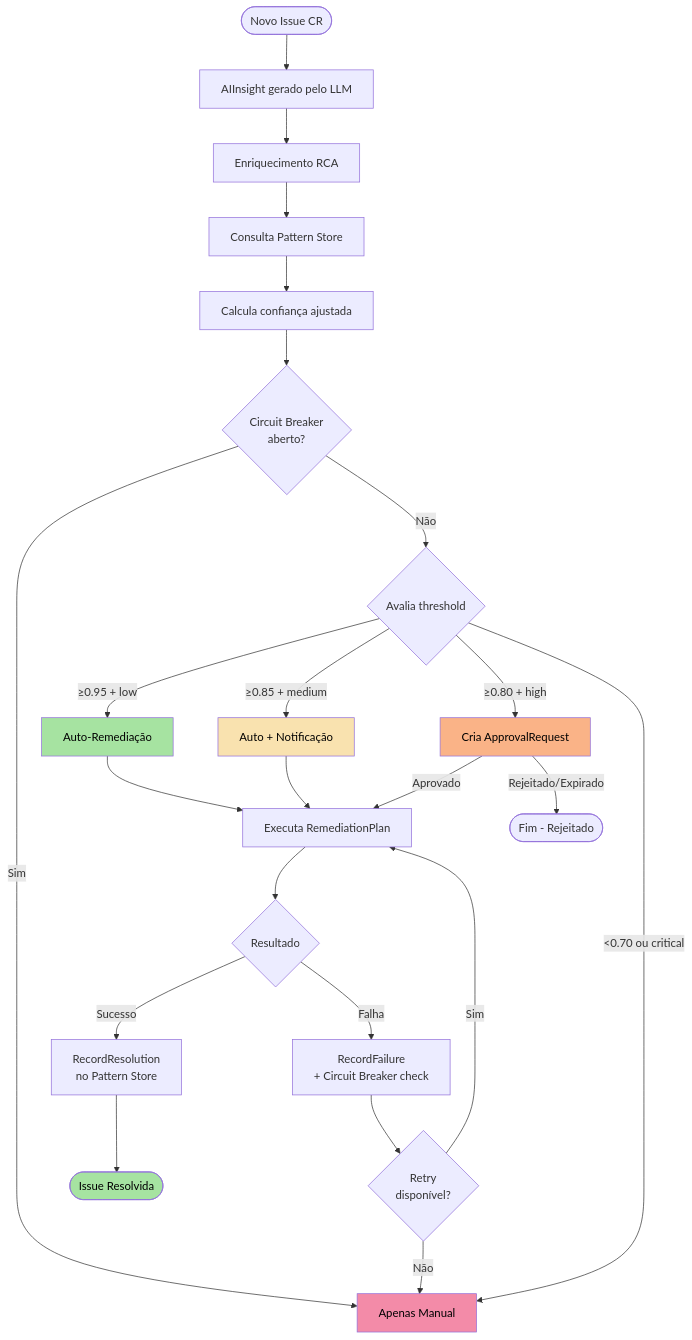
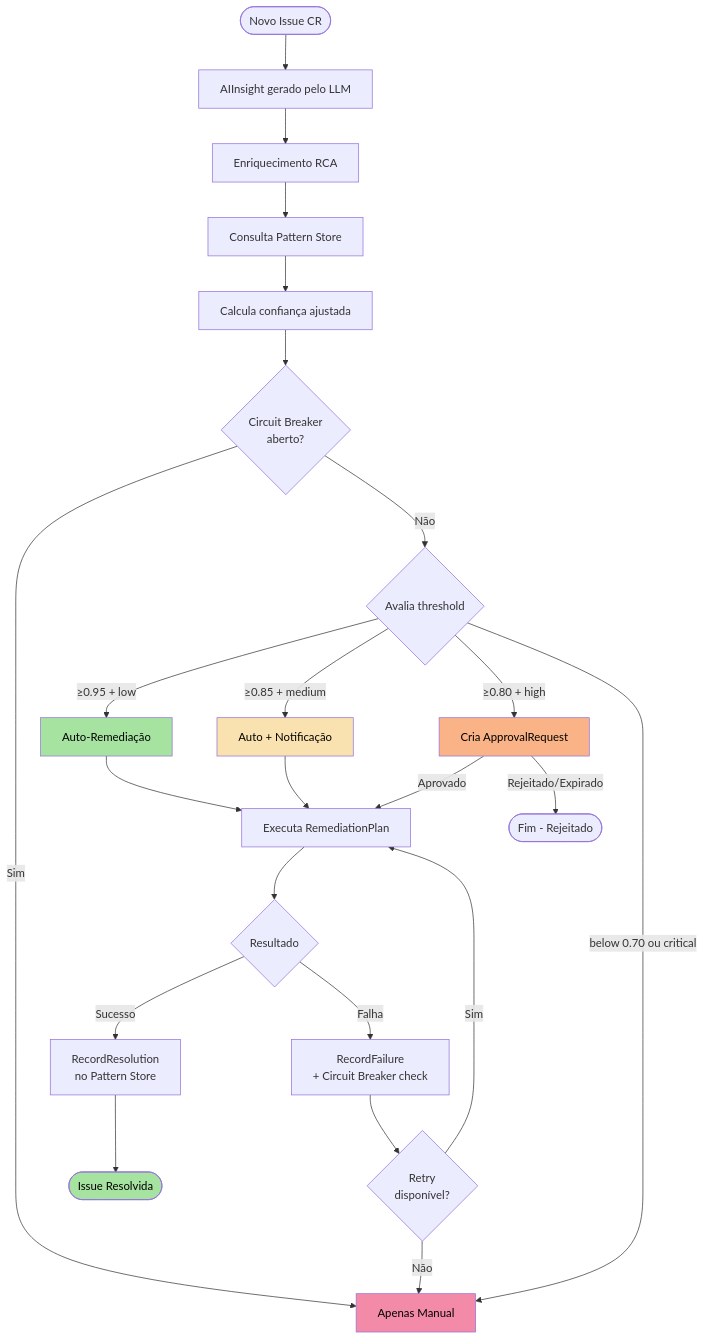
One commit to diillson/chatcli.ai changed the second of 2 diagrams in features/aiops/decision-engine.mdx. Above: the diagram before and after it, drawn with Mermaid. The commit also changed other lines of this file and 7 other files, not shown here.

````diff
--- a/features/aiops/decision-engine.mdx
+++ b/features/aiops/decision-engine.mdx
@@ -788,36 +788,36 @@
 ```mermaid
 flowchart TD
     START([Novo Issue CR]) --> INSIGHT[AIInsight gerado pelo LLM]
     INSIGHT --> RCA[Enriquecimento RCA]
     RCA --> PATTERN[Consulta Pattern Store]
     PATTERN --> CALC[Calcula confiança ajustada]
 
     CALC --> CB{Circuit Breaker<br/>aberto?}
     CB -->|Sim| MANUAL[Apenas Manual]
     CB -->|Não| THRESHOLD{Avalia threshold}
 
     THRESHOLD -->|≥0.95 + low| AUTO[Auto-Remediação]
     THRESHOLD -->|≥0.85 + medium| NOTIFY[Auto + Notificação]
     THRESHOLD -->|≥0.80 + high| APPROVAL[Cria ApprovalRequest]
-    THRESHOLD -->|<0.70 ou critical| MANUAL
+    THRESHOLD -->|below 0.70 ou critical| MANUAL
 
     AUTO --> EXEC[Executa RemediationPlan]
     NOTIFY --> EXEC
     APPROVAL -->|Aprovado| EXEC
     APPROVAL -->|Rejeitado/Expirado| END_REJECT([Fim - Rejeitado])
 
     EXEC --> RESULT{Resultado}
     RESULT -->|Sucesso| RECORD_OK[RecordResolution<br/>no Pattern Store]
     RESULT -->|Falha| RECORD_FAIL[RecordFailure<br/>+ Circuit Breaker check]
 
     RECORD_OK --> END_OK([Issue Resolvida])
     RECORD_FAIL --> RETRY{Retry<br/>disponível?}
     RETRY -->|Sim| EXEC
     RETRY -->|Não| MANUAL
 
     style AUTO fill:#a6e3a1,color:#000
     style NOTIFY fill:#f9e2af,color:#000
     style APPROVAL fill:#fab387,color:#000
     style MANUAL fill:#f38ba8,color:#000
     style END_OK fill:#a6e3a1,color:#000
 ```
````
